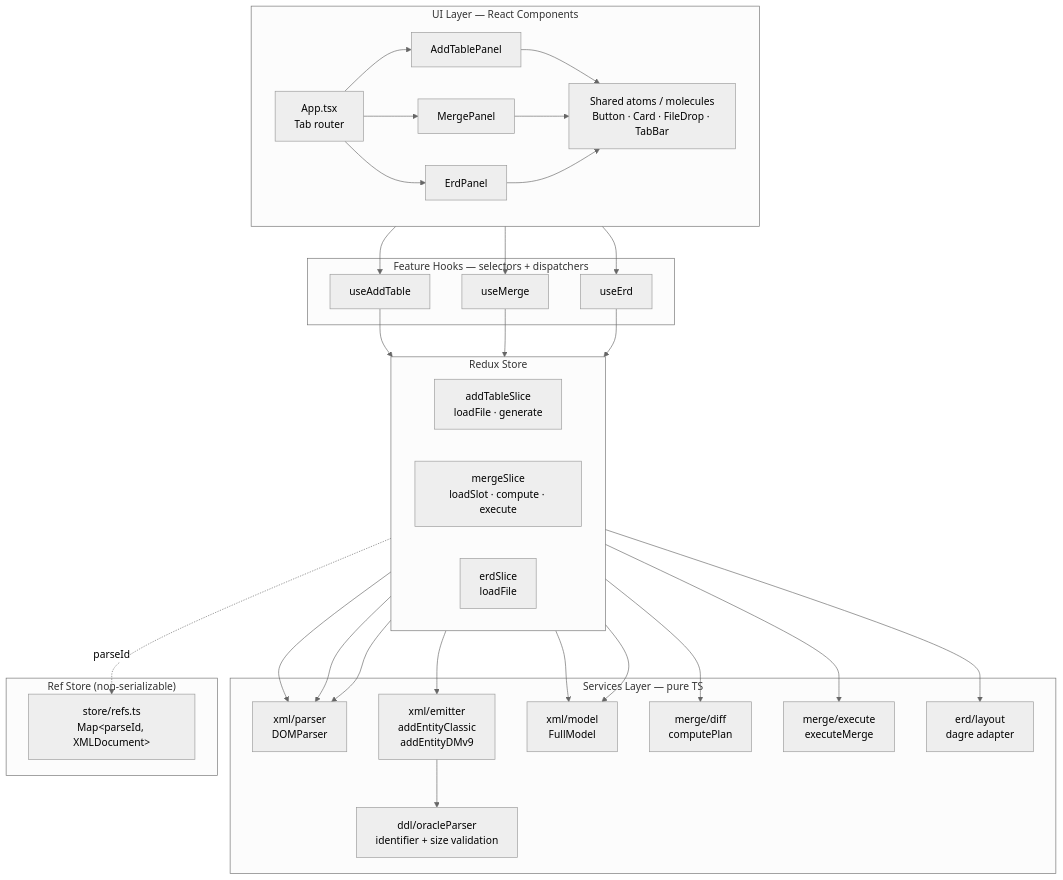
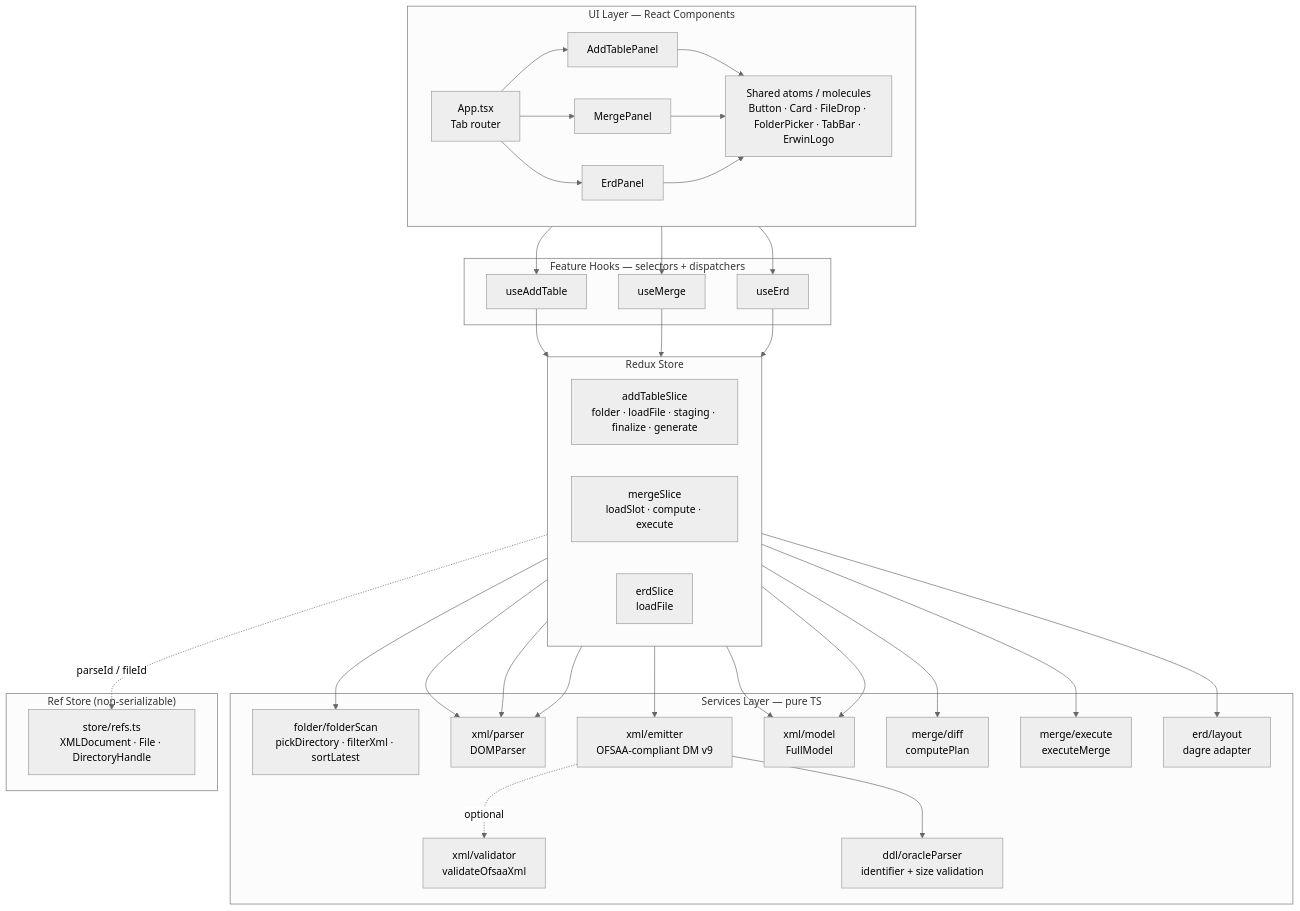
The first of 2 diagrams in README.md (OsamaAdeel/Erwin-Data-Modeller-Lite), drawn with Mermaid (neutral theme) before and after one commit. The commit also changed other lines of this file, not shown here.

First line of the commit message:
update README to cover folder picker, multi-table flow, and OFSAA

````diff
--- a/README.md
+++ b/README.md
@@ -34,64 +35,68 @@
 ```mermaid
 flowchart TB
     subgraph UI["UI Layer — React Components"]
         direction LR
         App[App.tsx<br/>Tab router]
         AddPanel[AddTablePanel]
         MergePanel[MergePanel]
         ErdPanel[ErdPanel]
-        Shared["Shared atoms / molecules<br/>Button · Card · FileDrop · TabBar"]
+        Shared["Shared atoms / molecules<br/>Button · Card · FileDrop · FolderPicker · TabBar · ErwinLogo"]
     end
 
     subgraph Hooks["Feature Hooks — selectors + dispatchers"]
         useAddTable
         useMerge
         useErd
     end
 
     subgraph Store["Redux Store"]
         direction LR
-        addTableSlice[addTableSlice<br/>loadFile · generate]
+        addTableSlice[addTableSlice<br/>folder · loadFile · staging · finalize · generate]
         mergeSlice[mergeSlice<br/>loadSlot · compute · execute]
         erdSlice[erdSlice<br/>loadFile]
     end
 
     subgraph Services["Services Layer — pure TS"]
+        folder[folder/folderScan<br/>pickDirectory · filterXml · sortLatest]
         parser[xml/parser<br/>DOMParser]
-        emitter[xml/emitter<br/>addEntityClassic<br/>addEntityDMv9]
-        model[xml/model<br/>FullModel]
+        emitter[xml/emitter<br/>OFSAA-compliant DM v9]
+        validator[xml/validator<br/>validateOfsaaXml]
+        modelSvc[xml/model<br/>FullModel]
         diff[merge/diff<br/>computePlan]
         execute[merge/execute<br/>executeMerge]
         oracle[ddl/oracleParser<br/>identifier + size validation]
         layout[erd/layout<br/>dagre adapter]
     end
 
     subgraph Refs["Ref Store (non-serializable)"]
-        refs[store/refs.ts<br/>Map&lt;parseId, XMLDocument&gt;]
+        refs[store/refs.ts<br/>XMLDocument · File · DirectoryHandle]
     end
 
     App --> AddPanel & MergePanel & ErdPanel
     AddPanel --> Shared
     MergePanel --> Shared
     ErdPanel --> Shared
 
     AddPanel --> useAddTable
     MergePanel --> useMerge
     ErdPanel --> useErd
 
     useAddTable --> addTableSlice
     useMerge --> mergeSlice
     useErd --> erdSlice
 
+    addTableSlice --> folder
     addTableSlice --> parser
     addTableSlice --> emitter
-    addTableSlice -.parseId.-> refs
+    addTableSlice -.parseId / fileId.-> refs
     mergeSlice --> parser
-    mergeSlice --> model
+    mergeSlice --> modelSvc
     mergeSlice --> diff
     mergeSlice --> execute
     erdSlice --> parser
-    erdSlice --> model
+    erdSlice --> modelSvc
     erdSlice --> layout
 
     emitter --> oracle
+    emitter -.optional.-> validator
 ```
````
